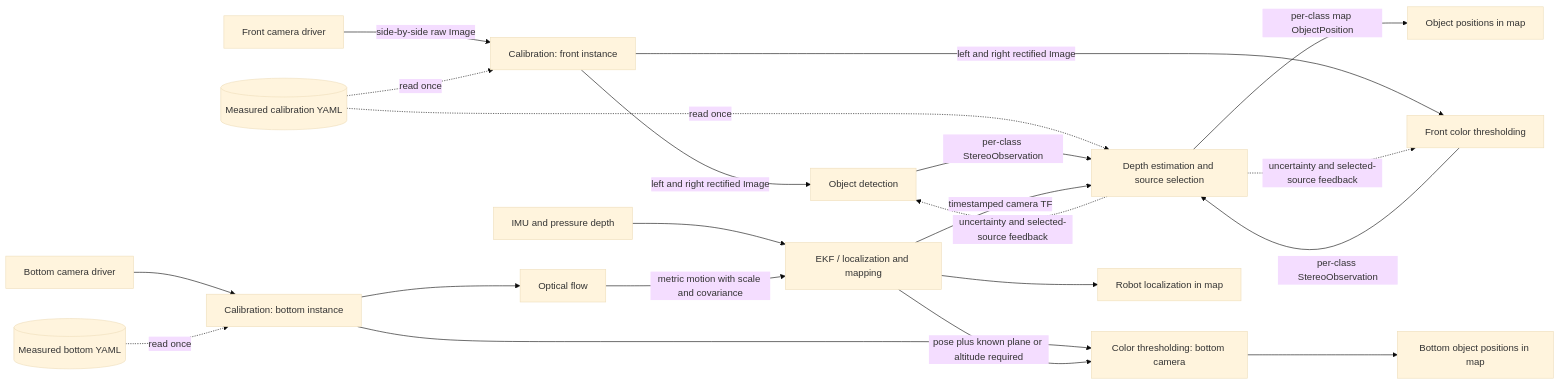
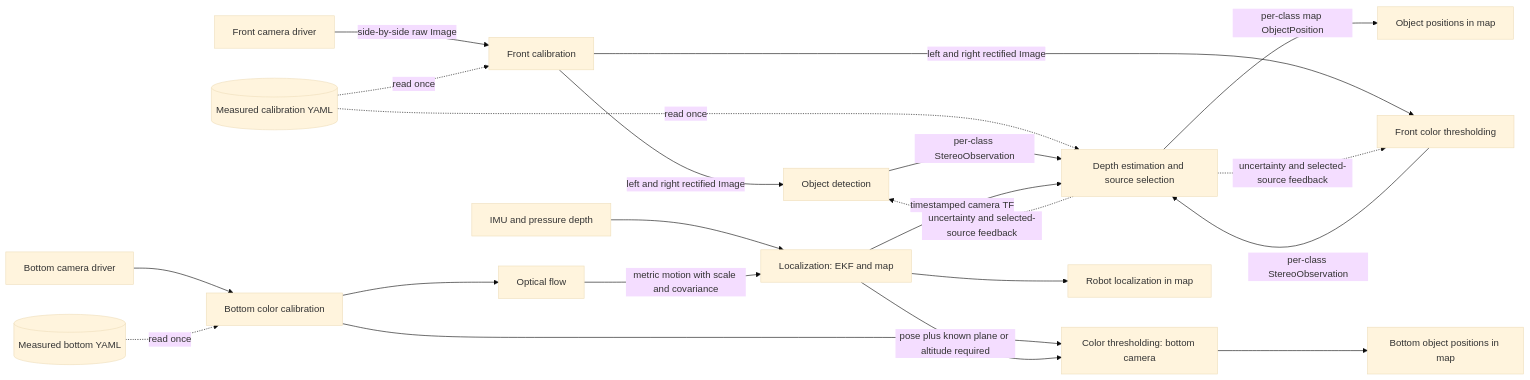
One commit to Hirruss/Hornet-XII-PL changed the diagram in docs/architecture.mmd. Above: the diagram before and after it, drawn with Mermaid (base theme). The commit also changed 79 other files, not shown here.

Commit message:
Organize components and separate front and bottom color camera calibration

```diff
--- a/docs/architecture.mmd
+++ b/docs/architecture.mmd
@@ -1,21 +1,21 @@
 flowchart LR
-    front[Front camera driver] -->|side-by-side raw Image| frontcal[Calibration: front instance]
+    front[Front camera driver] -->|side-by-side raw Image| frontcal[Front calibration]
     yaml[(Measured calibration YAML)] -. read once .-> frontcal
     yaml -. read once .-> depth
     frontcal -->|left and right rectified Image| ml[Object detection]
     frontcal -->|left and right rectified Image| hsv[Front color thresholding]
     ml -->|per-class StereoObservation| depth[Depth estimation and source selection]
     hsv -->|per-class StereoObservation| depth
     depth -->|per-class map ObjectPosition| objects[Object positions in map]
     depth -. uncertainty and selected-source feedback .-> ml
     depth -. uncertainty and selected-source feedback .-> hsv
-    bottom[Bottom camera driver] --> bottomcal[Calibration: bottom instance]
+    bottom[Bottom camera driver] --> bottomcal[Bottom color calibration]
     bottomyaml[(Measured bottom YAML)] -. read once .-> bottomcal
     bottomcal --> flow[Optical flow]
     bottomcal --> bottomhsv[Color thresholding: bottom camera]
-    sensors[IMU and pressure depth] --> ekf[EKF / localization and mapping]
+    sensors[IMU and pressure depth] --> ekf[Localization: EKF and map]
     flow -->|metric motion with scale and covariance| ekf
     ekf --> pose[Robot localization in map]
     ekf -->|timestamped camera TF| depth
     ekf -->|pose plus known plane or altitude required| bottomhsv
     bottomhsv --> bottomobjects[Bottom object positions in map]
```
